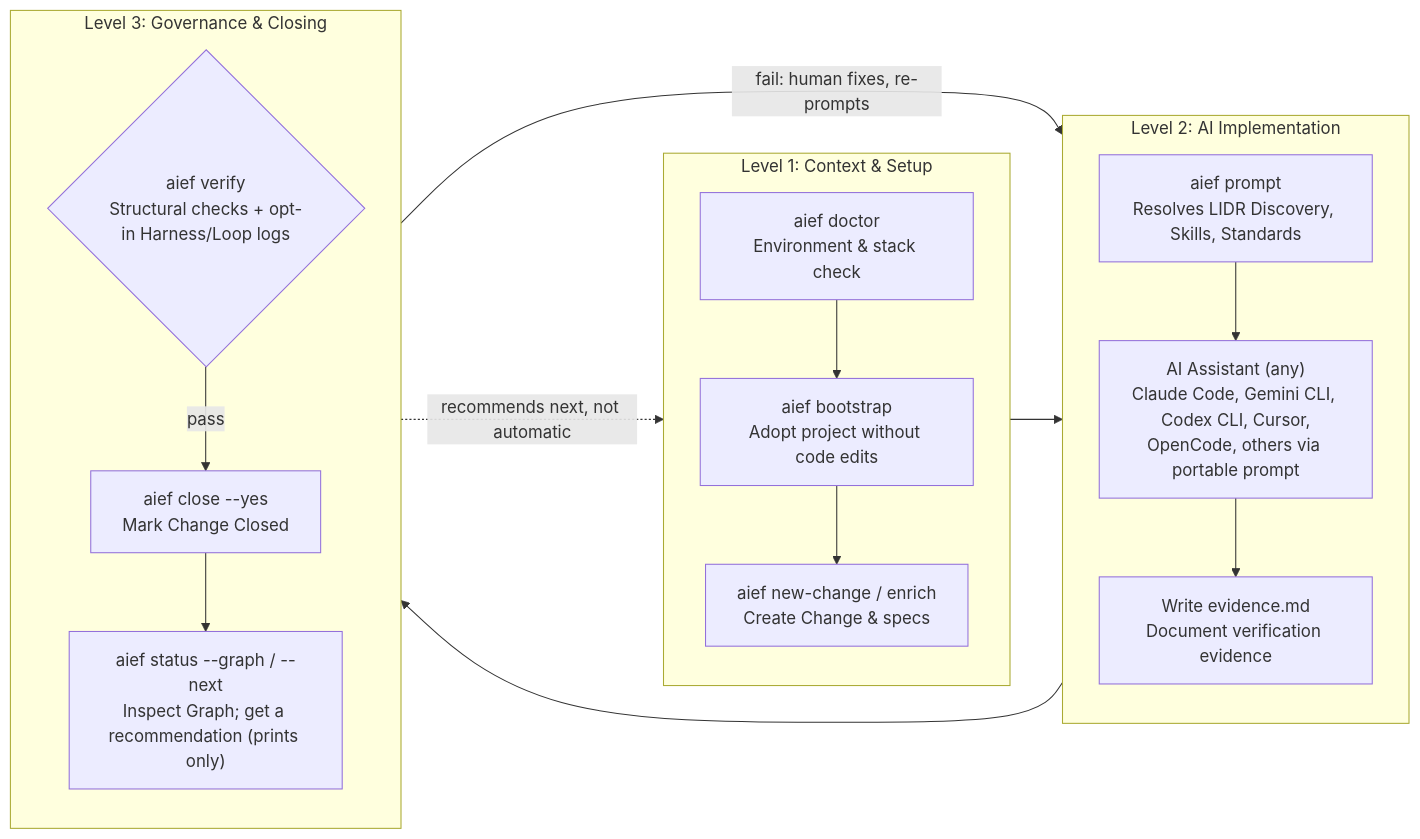
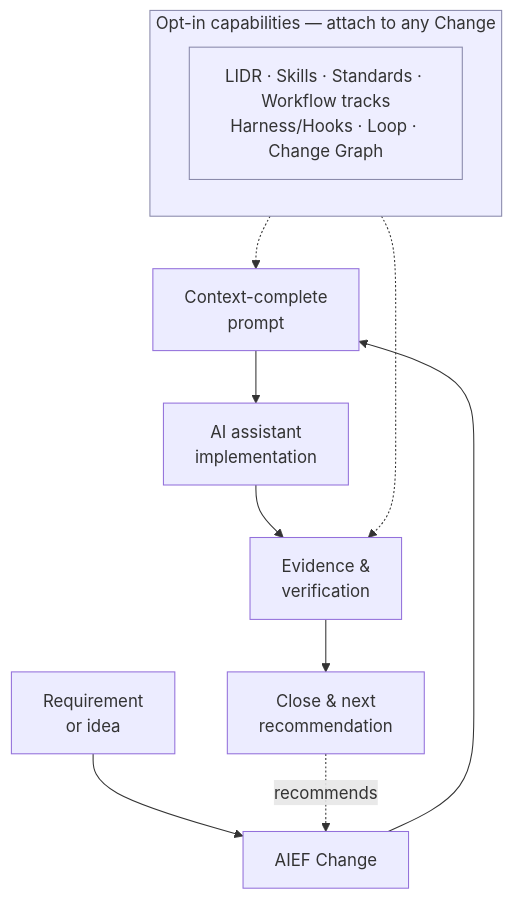
The diagram in README.md (avazquezmaza/aief-next), drawn with Mermaid before and after one commit. The commit also changed other lines of this file and 9 other files, not shown here.

First line of the commit message:
docs(v3.1): improve README and architecture diagrams

````diff
--- a/README.md
+++ b/README.md
@@ -48,26 +26,18 @@
 ```mermaid
-flowchart LR
-    subgraph L1["Level 1: Context & Setup"]
-        direction TB
-        A["aief doctor<br/>Environment & stack check"] --> B["aief bootstrap<br/>Adopt project without code edits"]
-        B --> C["aief new-change / enrich<br/>Create Change & specs"]
+flowchart TD
+    A["Requirement<br/>or idea"] --> B["AIEF Change"]
+    B --> C["Context-complete<br/>prompt"]
+    C --> D["AI assistant<br/>implementation"]
+    D --> E["Evidence &<br/>verification"]
+    E --> F["Close & next<br/>recommendation"]
+    F -.->|recommends| B
+
+    subgraph OPT["Opt-in capabilities — attach to any Change"]
+        OPTN["LIDR · Skills · Standards · Workflow tracks<br/>Harness/Hooks · Loop · Change Graph"]
     end
+    OPT -.-> C
+    OPT -.-> E
 
-    subgraph L2["Level 2: AI Implementation"]
-        direction TB
-        D["aief prompt<br/>Resolves LIDR Discovery, Skills, Standards"] --> E["AI Assistant (any)<br/>Claude Code, Gemini CLI, Codex CLI, Cursor,<br/>OpenCode, others via portable prompt"]
-        E --> F["Write evidence.md<br/>Document verification evidence"]
-    end
-
-    subgraph L3["Level 3: Governance & Closing"]
-        direction TB
-        G{"aief verify<br/>Structural checks + opt-in Harness/Loop logs"}
-        G -->|fail: human fixes, re-prompts| D
-        G -->|pass| H["aief close --yes<br/>Mark Change Closed"]
-        H --> I["aief status --graph / --next<br/>Inspect Graph; get a recommendation (prints only)"]
-    end
-
-    C --> D
-    F --> G
-    I -.->|recommends next, not automatic| C
+    classDef opt fill:#eef,stroke:#88a,color:#333;
+    class OPT,OPTN opt;
 ```
````
